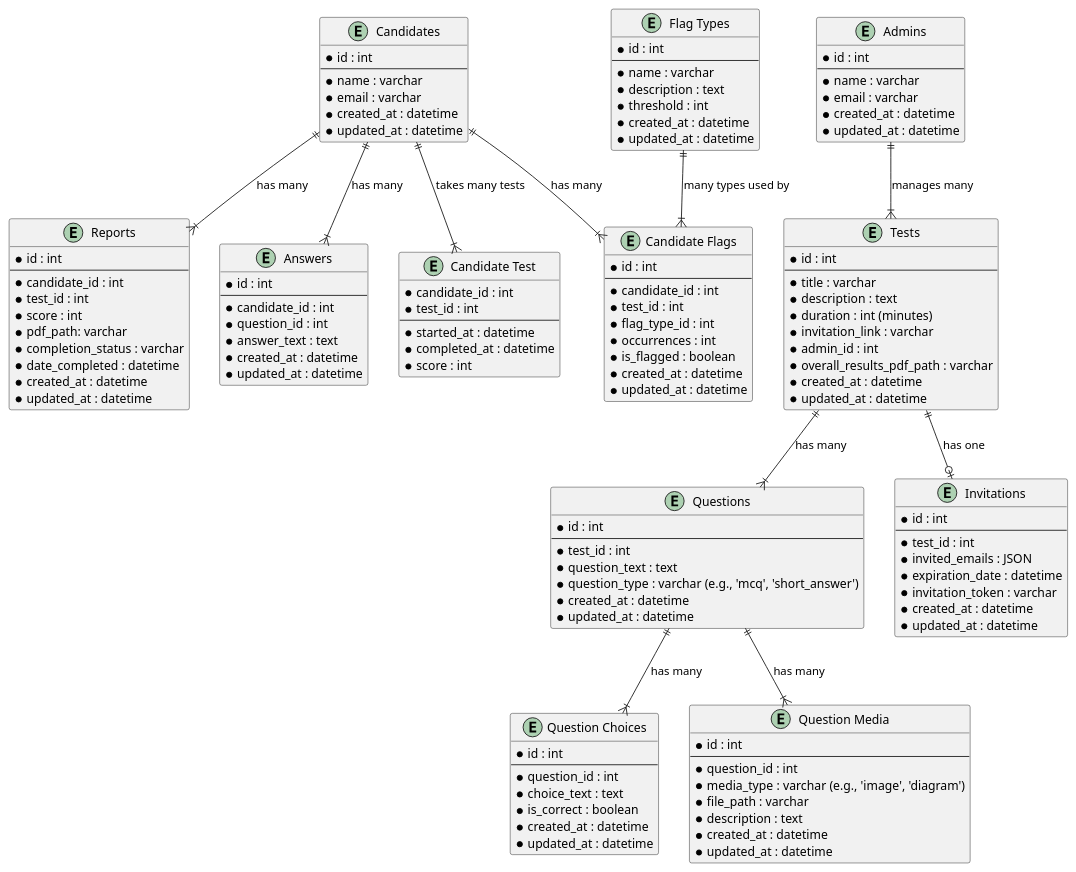
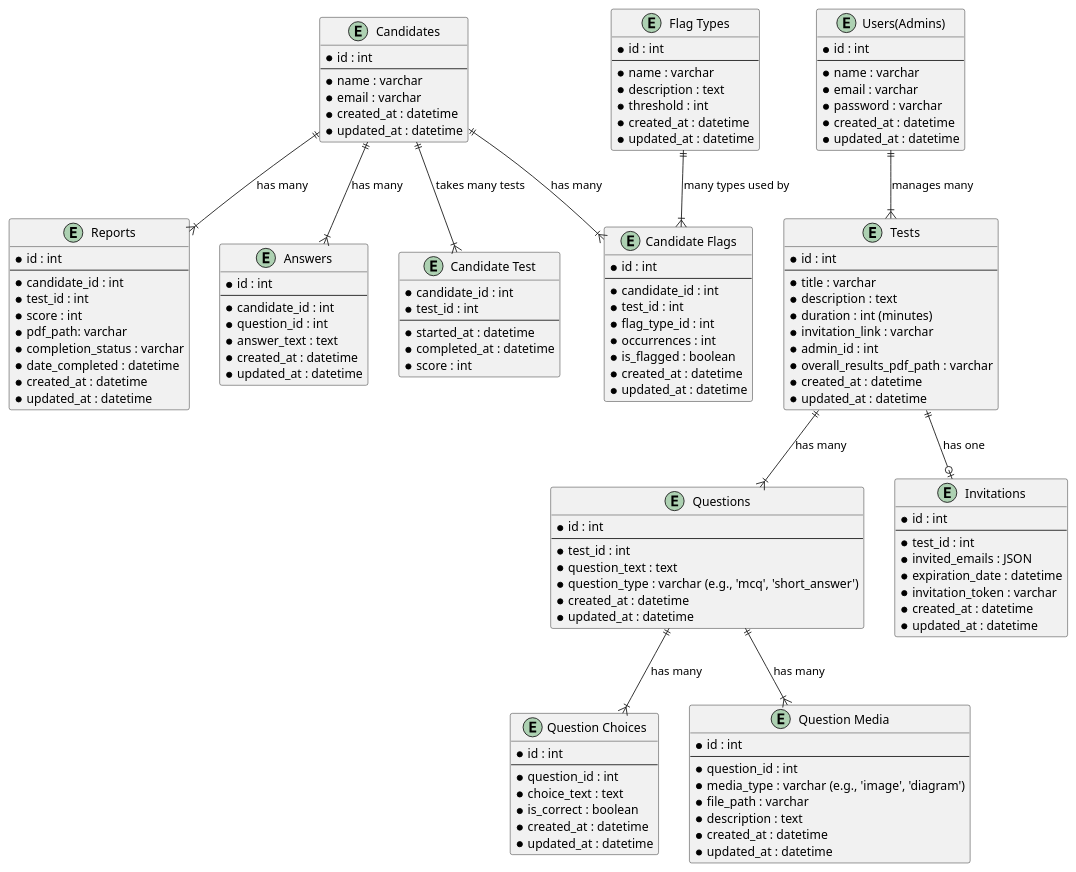
The diagram in storage/plantuml/db_diagram.puml (milelecars/MileleSkillSage), drawn with PlantUML before and after one commit. The commit also changed 31 other files, not shown here.

```diff
--- a/storage/plantuml/db_diagram.puml
+++ b/storage/plantuml/db_diagram.puml
@@ -1,142 +1,143 @@
 @startuml "Milele SkillSage"
 
 entity "Candidates" {
   * id : int
   --
   * name : varchar
   * email : varchar
   * created_at : datetime
   * updated_at : datetime
 }
 
 entity "Tests" {
   * id : int
   --
   * title : varchar
   * description : text
   * duration : int (minutes)
   * invitation_link : varchar
   * admin_id : int
   * overall_results_pdf_path : varchar
   * created_at : datetime
   * updated_at : datetime
 }
 
 entity "Candidate Test" {
   * candidate_id : int
   * test_id : int
   --
   * started_at : datetime
   * completed_at : datetime
   * score : int
 }
 
 entity "Questions" {
   * id : int
   --
   * test_id : int
   * question_text : text
   * question_type : varchar (e.g., 'mcq', 'short_answer')
   * created_at : datetime
   * updated_at : datetime
 }
 
 entity "Question Choices" {
   * id : int
   --
   * question_id : int
   * choice_text : text
   * is_correct : boolean
   * created_at : datetime
   * updated_at : datetime
 }
 
 entity "Question Media" {
   * id : int
   --
   * question_id : int
   * media_type : varchar (e.g., 'image', 'diagram')
   * file_path : varchar
   * description : text
   * created_at : datetime
   * updated_at : datetime
 }
 
 entity "Answers" {
   * id : int
   --
   * candidate_id : int
   * question_id : int
   * answer_text : text
   * created_at : datetime
   * updated_at : datetime
 }
 
-entity "Admins" {
+entity "Users(Admins)" {
   * id : int
   --
   * name : varchar
   * email : varchar
+  * password : varchar  
   * created_at : datetime
   * updated_at : datetime
 }
 
 entity "Flag Types" {
   * id : int
   --
   * name : varchar
   * description : text
   * threshold : int
   * created_at : datetime
   * updated_at : datetime
 }
 
 entity "Candidate Flags" {
   * id : int
   --
   * candidate_id : int
   * test_id : int
   * flag_type_id : int
   * occurrences : int
   * is_flagged : boolean
   * created_at : datetime
   * updated_at : datetime
 }
 
 entity "Invitations" {
   * id : int
   --
   * test_id : int
   * invited_emails : JSON
   * expiration_date : datetime
   * invitation_token : varchar
   * created_at : datetime
   * updated_at : datetime
 }
 
 entity "Reports" {
   * id : int
   --
   * candidate_id : int
   * test_id : int
   * score : int
   * pdf_path: varchar
   * completion_status : varchar
   * date_completed : datetime
   * created_at : datetime
   * updated_at : datetime
 }
 
 ' Relationships
 "Candidates" ||--|{ "Reports" : has many
 "Candidates" ||--|{ "Answers" : has many
 "Candidates" ||--|{ "Candidate Flags" : has many
 "Candidates" ||--|{ "Candidate Test" : takes many tests
 "Tests" ||--|{ "Questions" : has many
 "Tests" ||--o| "Invitations" : has one
 "Questions" ||--|{ "Question Choices" : has many
 "Questions" ||--|{ "Question Media" : has many
 "Flag Types" ||--|{ "Candidate Flags" : many types used by
-"Admins" ||--|{ "Tests" : manages many
+"Users(Admins)" ||--|{ "Tests" : manages many
 
 @enduml
```
